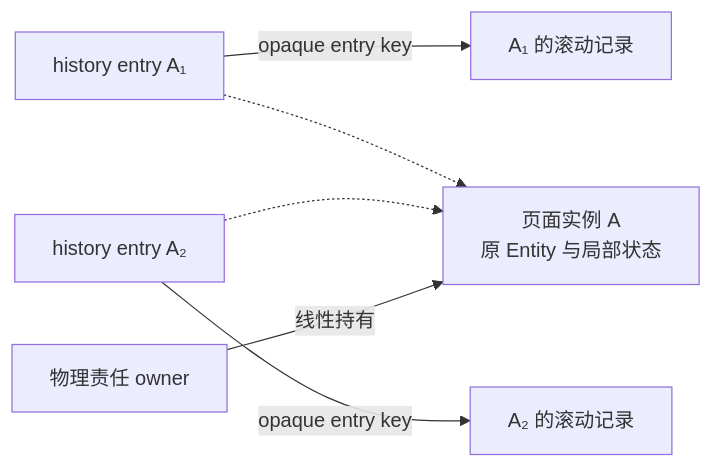
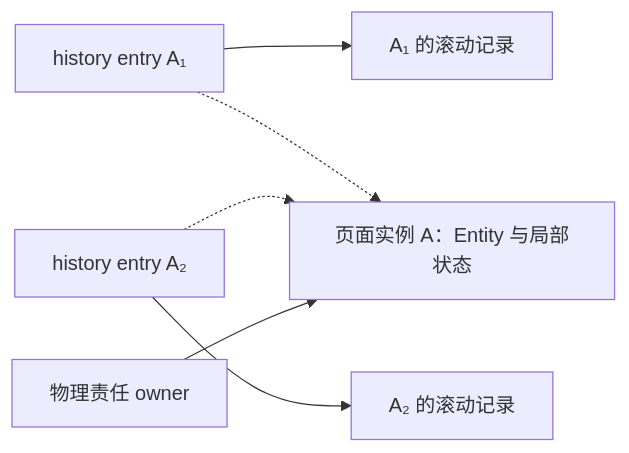
The second of 2 diagrams in docs/architecture/README.md (shengyusi-SYS/bevy_ui_router), drawn with Mermaid before and after one commit. The commit also changed other lines of this file and 167 other files, not shown here.

````diff
--- a/docs/architecture/README.md
+++ b/docs/architecture/README.md
@@ -48,8 +45,8 @@
 ```mermaid
 flowchart LR
-    E1["history entry A₁"] -->|opaque entry key| S1["A₁ 的滚动记录"]
-    E2["history entry A₂"] -->|opaque entry key| S2["A₂ 的滚动记录"]
-    E1 -.-> P["页面实例 A<br/>原 Entity 与局部状态"]
+    E1["history entry A₁"] --> S1["A₁ 的滚动记录"]
+    E2["history entry A₂"] --> S2["A₂ 的滚动记录"]
+    E1 -.-> P["页面实例 A：Entity 与局部状态"]
     E2 -.-> P
-    O["物理责任 owner"] -->|线性持有| P
+    O["物理责任 owner"] --> P
 ```
````
